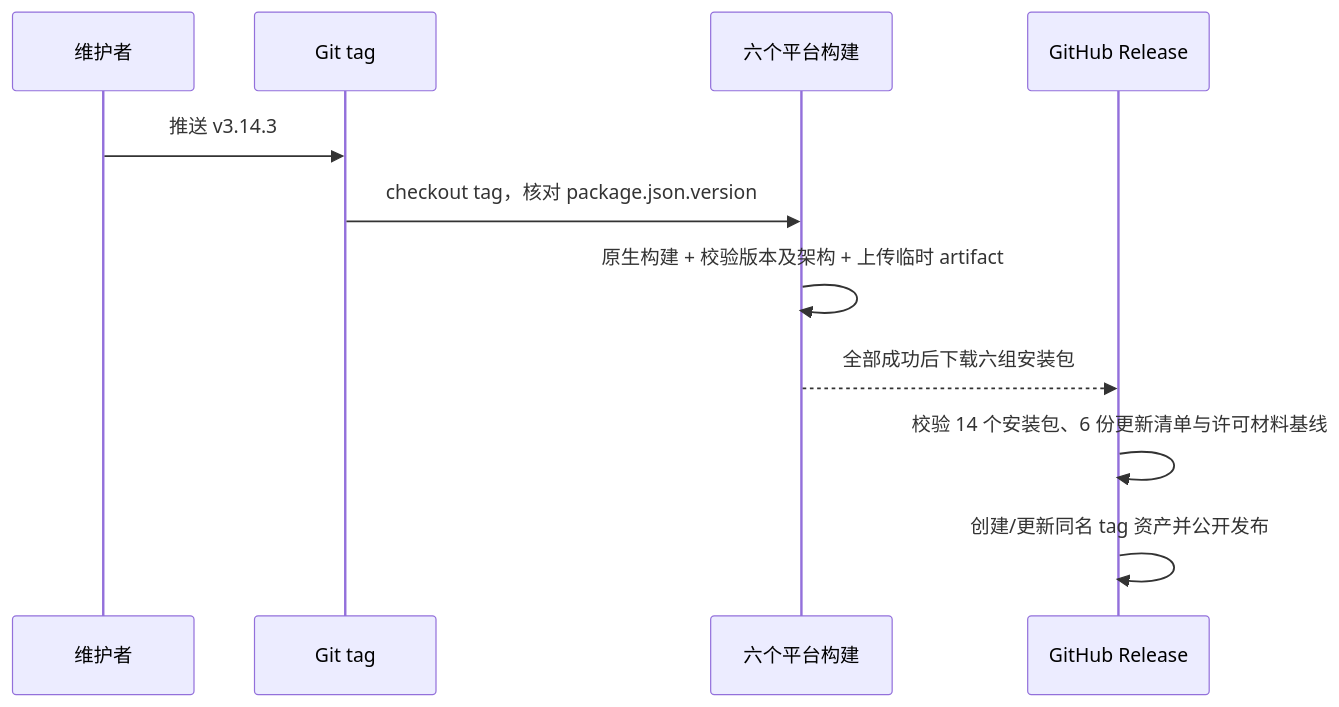
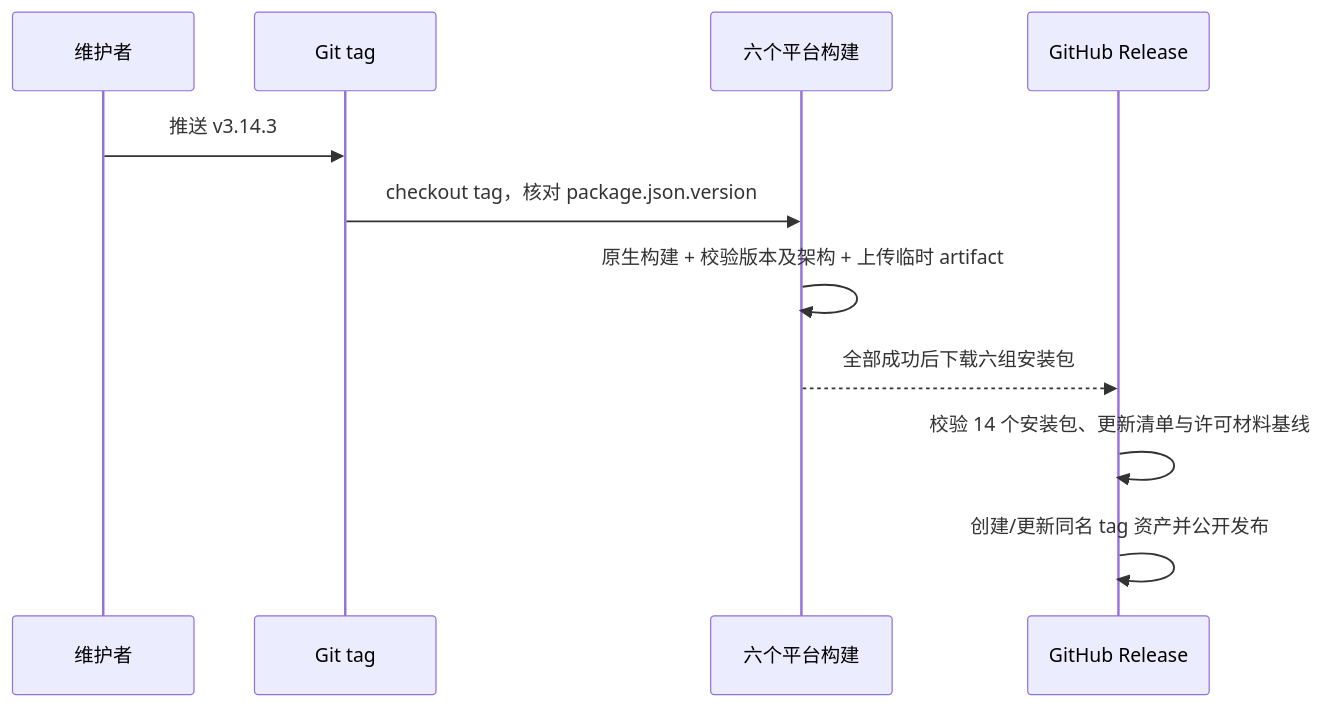
Before and after one commit to lemon-casino/LemonCode: the diagram in specs/github-actions-desktop-release.md, drawn with Mermaid. The commit also changed other lines of this file and 2 other files, not shown here.

First line of the commit message:
fix(release): Linux arm64 不产出更新清单——latest-linux-arm64.yml 改为可选收集

````diff
--- a/specs/github-actions-desktop-release.md
+++ b/specs/github-actions-desktop-release.md
@@ -56,13 +59,13 @@
 ```mermaid
 sequenceDiagram
   participant Maintainer as 维护者
   participant Git as Git tag
   participant Matrix as 六个平台构建
   participant Release as GitHub Release
   Maintainer->>Git: 推送 v3.14.3
   Git->>Matrix: checkout tag，核对 package.json.version
   Matrix->>Matrix: 原生构建 + 校验版本及架构 + 上传临时 artifact
   Matrix-->>Release: 全部成功后下载六组安装包
-  Release->>Release: 校验 14 个安装包、6 份更新清单与许可材料基线
+  Release->>Release: 校验 14 个安装包、更新清单与许可材料基线
   Release->>Release: 创建/更新同名 tag 资产并公开发布
 ```
````
